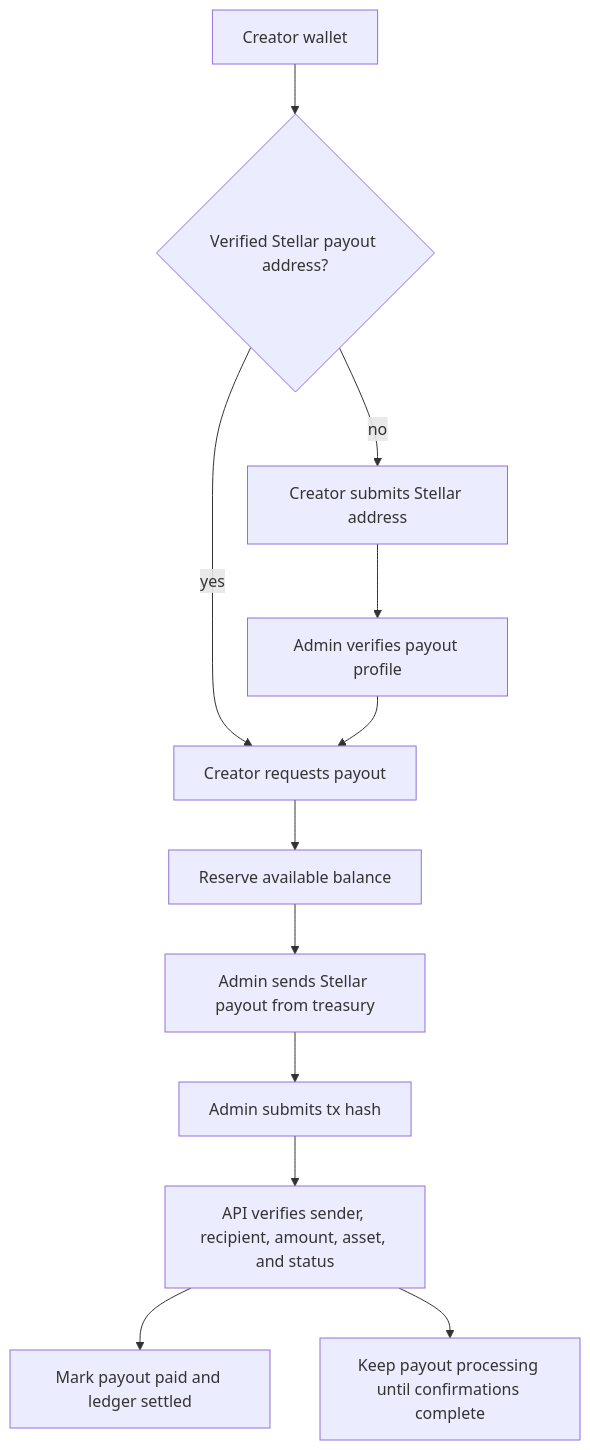
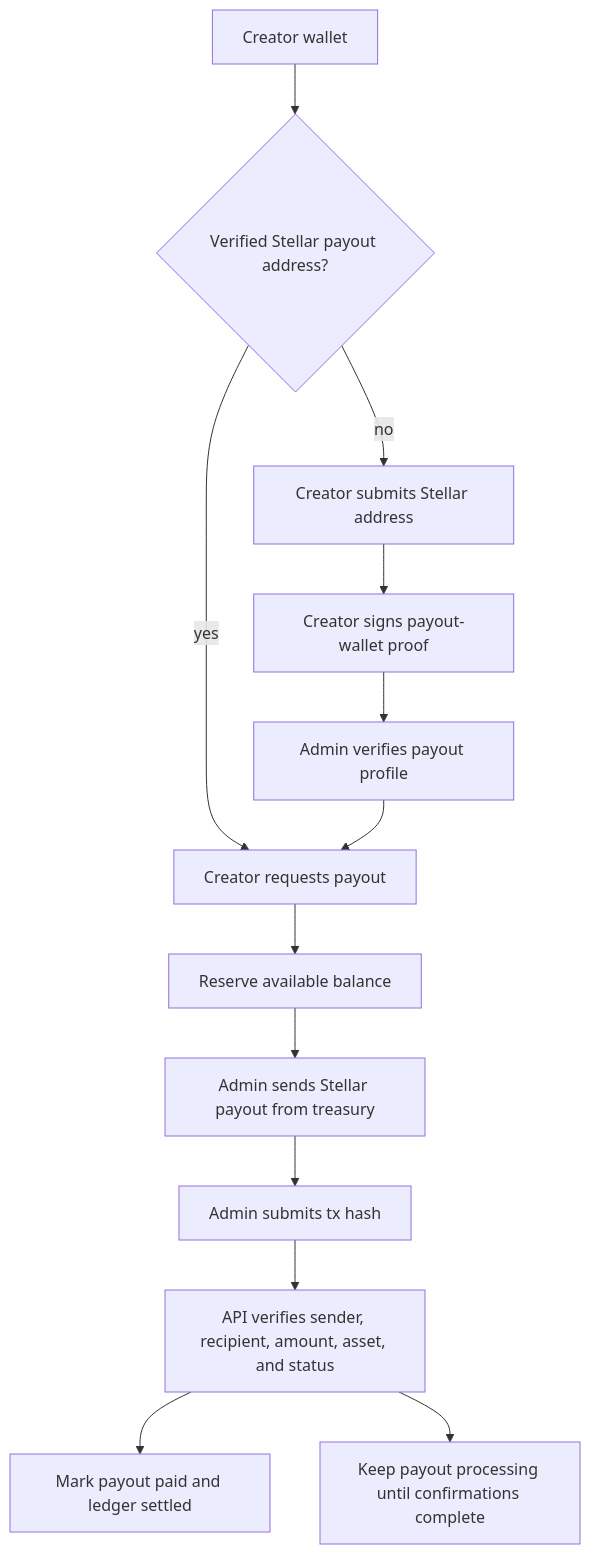
The second of 2 diagrams in docs/monetization-payouts.md (Afnanksalal/hana-chat), drawn with Mermaid before and after one commit. The commit also changed other lines of this file and 13 other files, not shown here.

````diff
--- a/docs/monetization-payouts.md
+++ b/docs/monetization-payouts.md
@@ -54,14 +56,15 @@
 ```mermaid
 flowchart TD
   Wallet["Creator wallet"] --> Profile{"Verified Stellar payout address?"}
   Profile -- no --> Setup["Creator submits Stellar address"]
-  Setup --> AdminVerify["Admin verifies payout profile"]
+  Setup --> Proof["Creator signs payout-wallet proof"]
+  Proof --> AdminVerify["Admin verifies payout profile"]
   Profile -- yes --> Request["Creator requests payout"]
   AdminVerify --> Request
   Request --> Reserve["Reserve available balance"]
   Reserve --> AdminTransfer["Admin sends Stellar payout from treasury"]
   AdminTransfer --> SubmitHash["Admin submits tx hash"]
   SubmitHash --> Verify["API verifies sender, recipient, amount, asset, and status"]
   Verify --> Paid["Mark payout paid and ledger settled"]
   Verify --> Confirming["Keep payout processing until confirmations complete"]
 ```
````
